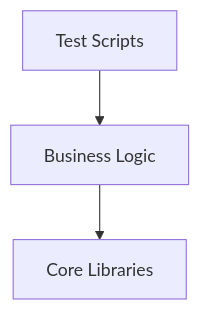
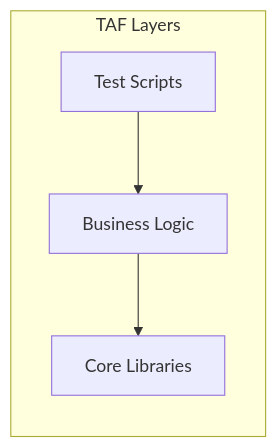
The second of 3 diagrams in ISTQB/CTAL-TAE/Chap3/Chap3 - Mooc.md (Nilcouv/Testing), drawn with Mermaid before and after one commit. The commit also changed other lines of this file, not shown here.

````diff
--- a/ISTQB/CTAL-TAE/Chap3/Chap3 - Mooc.md
+++ b/ISTQB/CTAL-TAE/Chap3/Chap3 - Mooc.md
@@ -258,4 +247,11 @@
 ```mermaid
-flowchart TD
-    A["Test Scripts"] --> B["Business Logic"] --> C["Core Libraries"]
+flowchart TB
+    subgraph TAF["TAF Layers"]
+        direction TB
+        ST["Test Scripts"]
+        BL["Business Logic"]
+        CL["Core Libraries"]
+        ST --> BL
+        BL --> CL
+    end
 ```
````
